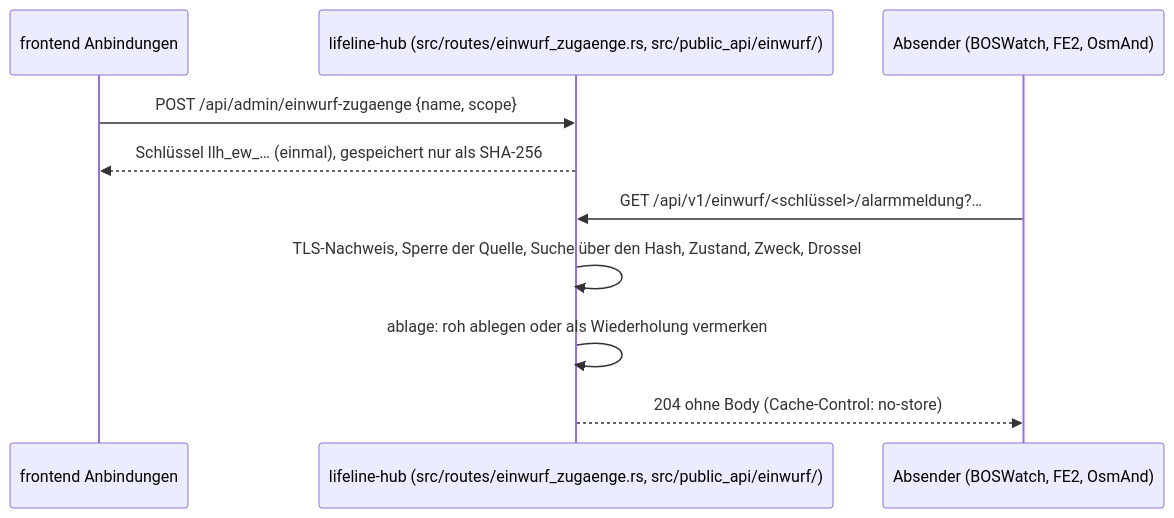
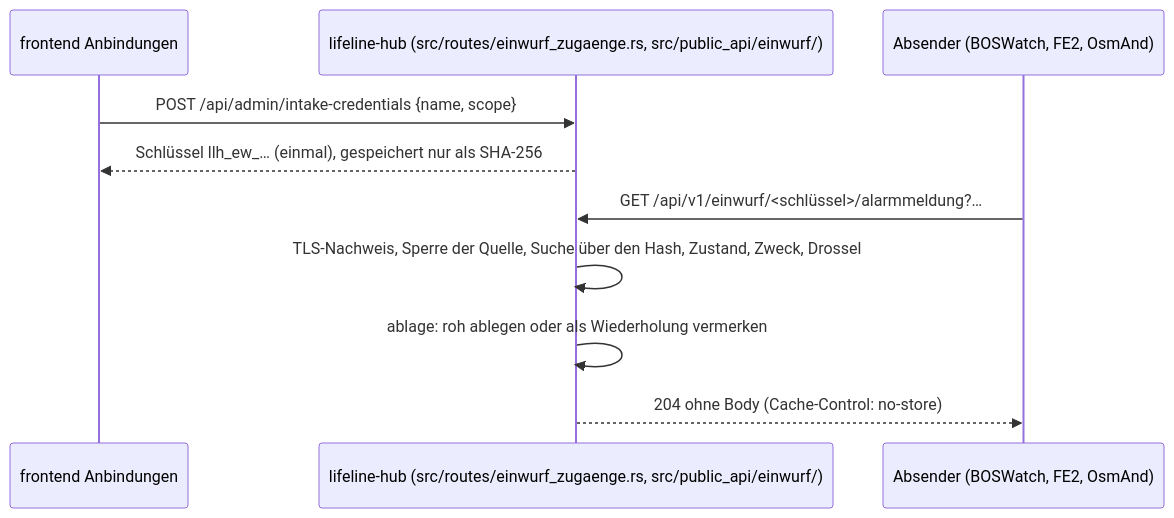
Diagram 13 of 19 in docs/architektur/06-laufzeitsicht.md (rubenvitt/lifeline-hub), drawn with Mermaid before and after one commit. The commit also changed other lines of this file and 35 other files, not shown here.

First line of the commit message:
refactor(api): Admin-Routen englisch nach ADR-0085 (LLH-2049)

````diff
--- a/docs/architektur/06-laufzeitsicht.md
+++ b/docs/architektur/06-laufzeitsicht.md
@@ -556,12 +556,12 @@
 ```mermaid
 sequenceDiagram
   participant Admin as frontend Anbindungen
   participant Hub as lifeline-hub (src/routes/einwurf_zugaenge.rs, src/public_api/einwurf/)
   participant A as Absender (BOSWatch, FE2, OsmAnd)
-  Admin->>Hub: POST /api/admin/einwurf-zugaenge {name, scope}
+  Admin->>Hub: POST /api/admin/intake-credentials {name, scope}
   Hub-->>Admin: Schlüssel llh_ew_… (einmal), gespeichert nur als SHA-256
   A->>Hub: GET /api/v1/einwurf/<schlüssel>/alarmmeldung?…
   Hub->>Hub: TLS-Nachweis, Sperre der Quelle, Suche über den Hash, Zustand, Zweck, Drossel
   Hub->>Hub: ablage: roh ablegen oder als Wiederholung vermerken
   Hub-->>A: 204 ohne Body (Cache-Control: no-store)
 ```
````
